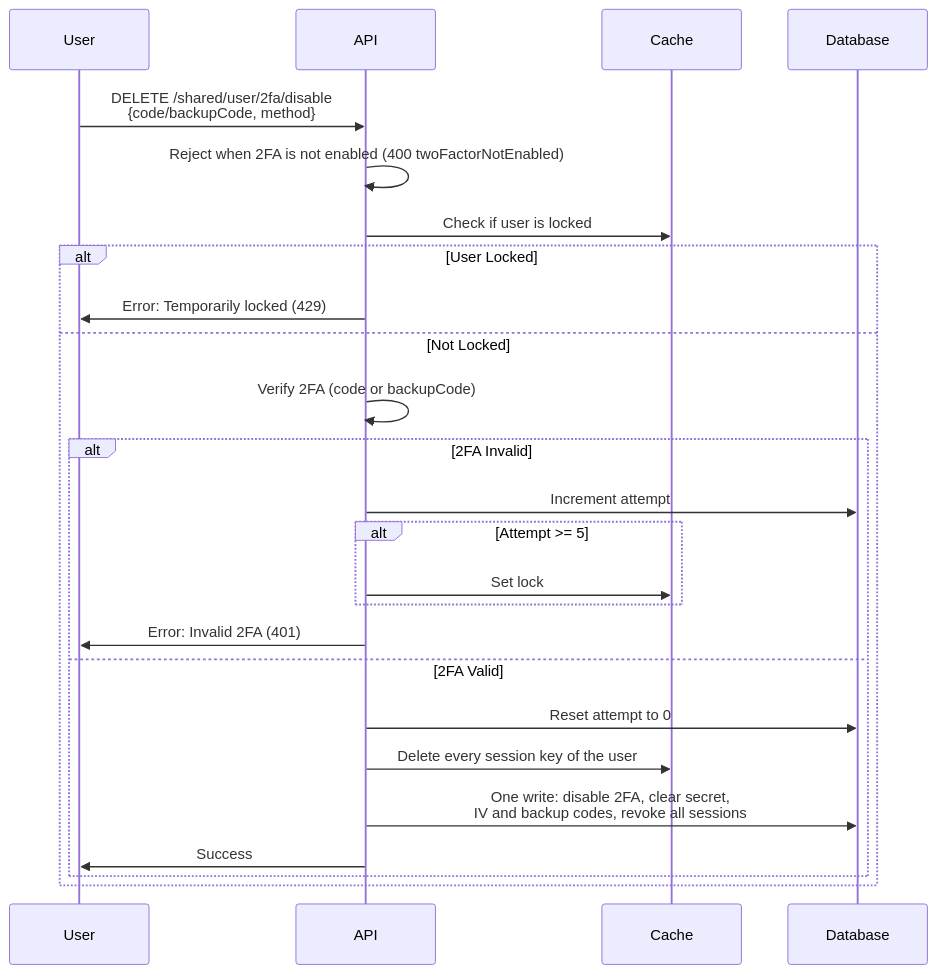
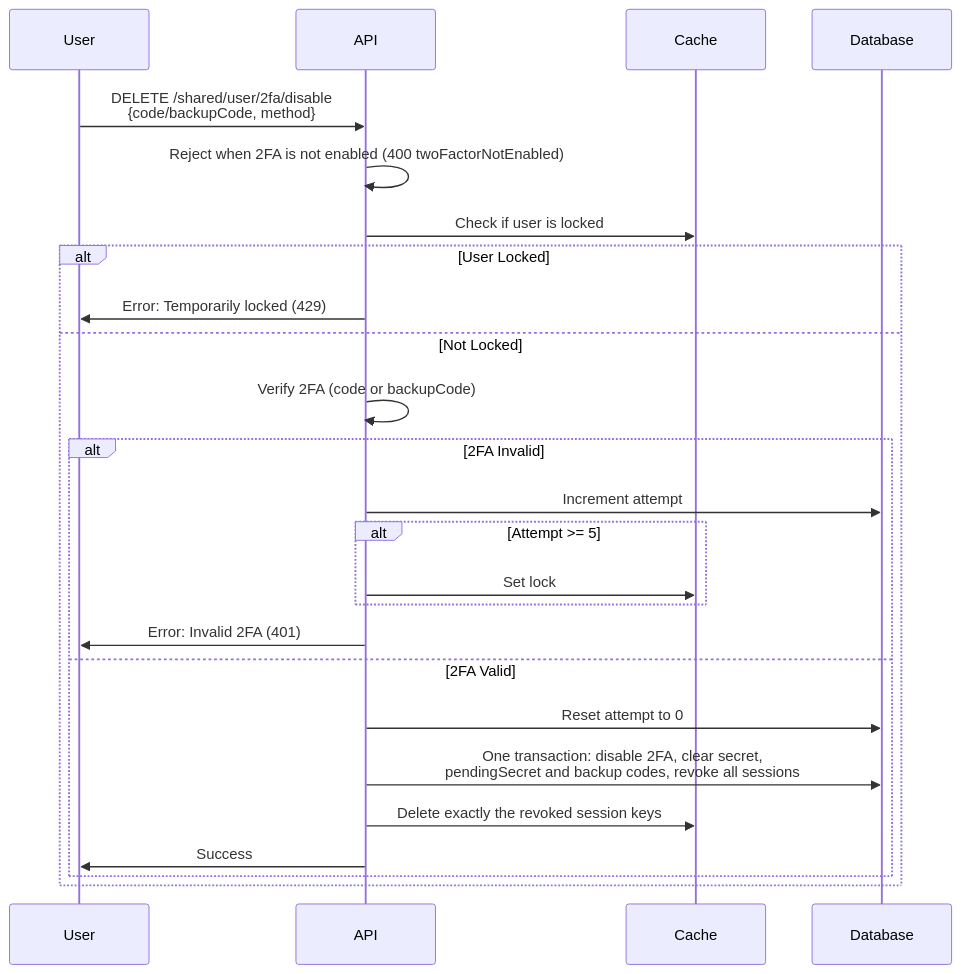
One commit to andrechristikan/ack-nestjs-boilerplate changed the ninth of 9 diagrams in docs/two-factor.md. Above: the diagram before and after it, drawn with Mermaid. The commit also changed other lines of this file and 1013 other files, not shown here.

````diff
--- a/docs/two-factor.md
+++ b/docs/two-factor.md
@@ -492,28 +511,28 @@
 ```mermaid
 sequenceDiagram
     participant User
     participant API
     participant Cache
     participant Database
 
     User->>API: DELETE /shared/user/2fa/disable<br/>{code/backupCode, method}
     API->>API: Reject when 2FA is not enabled (400 twoFactorNotEnabled)
     API->>Cache: Check if user is locked
     alt User Locked
         API->>User: Error: Temporarily locked (429)
     else Not Locked
         API->>API: Verify 2FA (code or backupCode)
         alt 2FA Invalid
             API->>Database: Increment attempt
             alt Attempt >= 5
                 API->>Cache: Set lock
             end
             API->>User: Error: Invalid 2FA (401)
         else 2FA Valid
             API->>Database: Reset attempt to 0
-            API->>Cache: Delete every session key of the user
-            API->>Database: One write: disable 2FA, clear secret,<br/>IV and backup codes, revoke all sessions
+            API->>Database: One transaction: disable 2FA, clear secret,<br/>pendingSecret and backup codes, revoke all sessions
+            API->>Cache: Delete exactly the revoked session keys
             API->>User: Success
         end
     end
 ```
````
